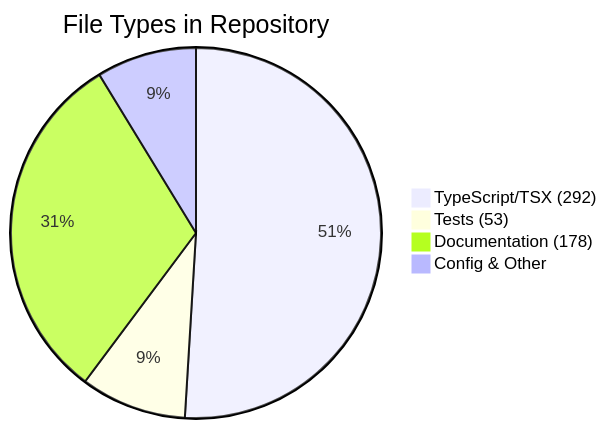
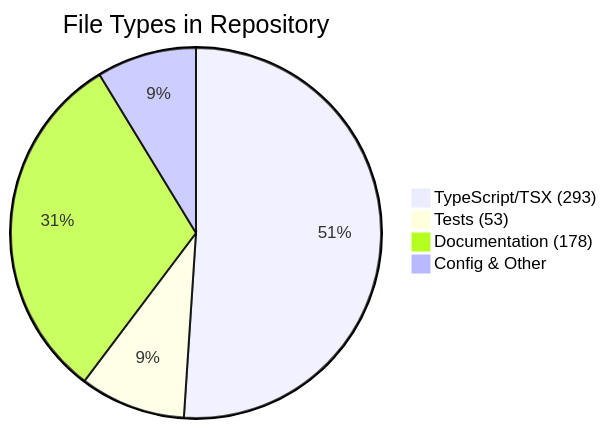
Before and after one commit to peteywee/fresh-root: the diagram in docs/visuals/FILE_DISTRIBUTION.md, drawn with Mermaid. The commit also changed other lines of this file and 2 other files, not shown here.

Commit message:
chore(visuals): auto-update architecture and repo state diagrams
- Architecture: monorepo structure and dependencies

- Repo State: branch status and git history

- Dependency Health: vulnerability and peer dep analysis

- File Distribution: code metrics and organization

Generated by: automation/generate-visuals.yml

````diff
--- a/docs/visuals/FILE_DISTRIBUTION.md
+++ b/docs/visuals/FILE_DISTRIBUTION.md
@@ -3,7 +3,7 @@
 ```mermaid
 pie title File Types in Repository
-    "TypeScript/TSX (292)" : 292
+    "TypeScript/TSX (293)" : 293
     "Tests (53)" : 53
     "Documentation (178)" : 178
     "Config & Other" : 50
 ```
````
